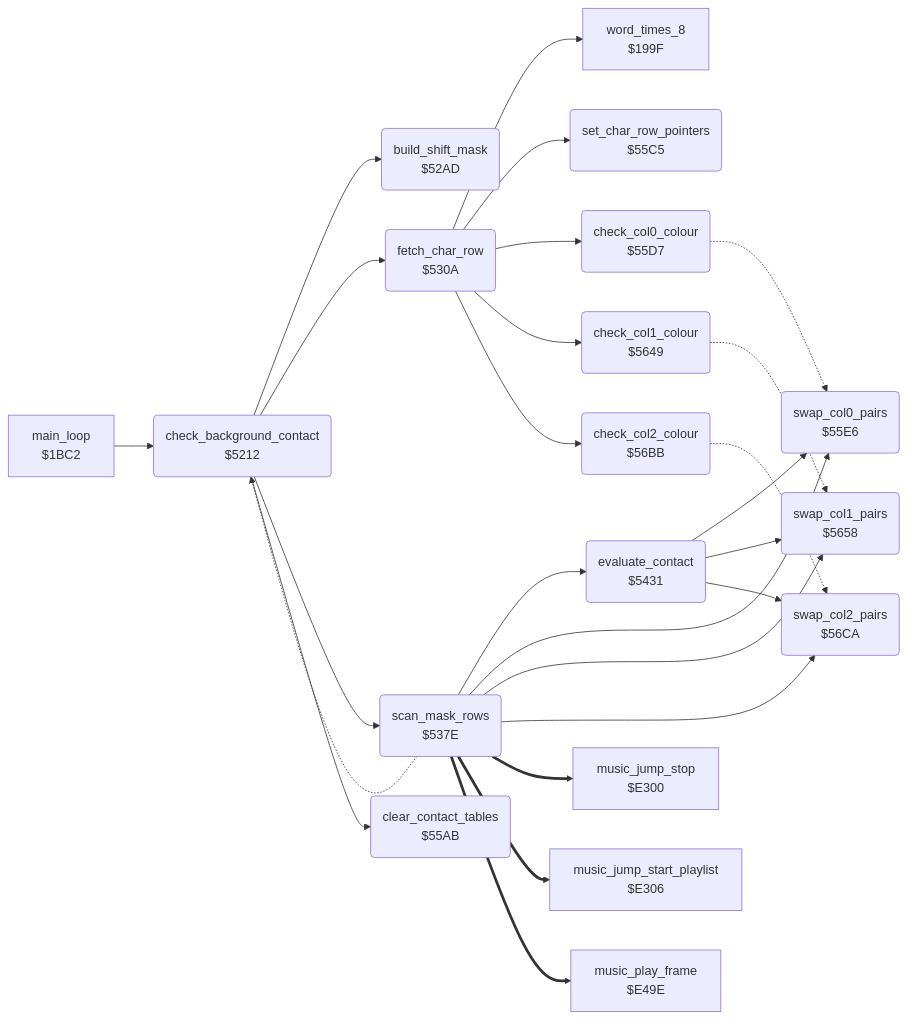
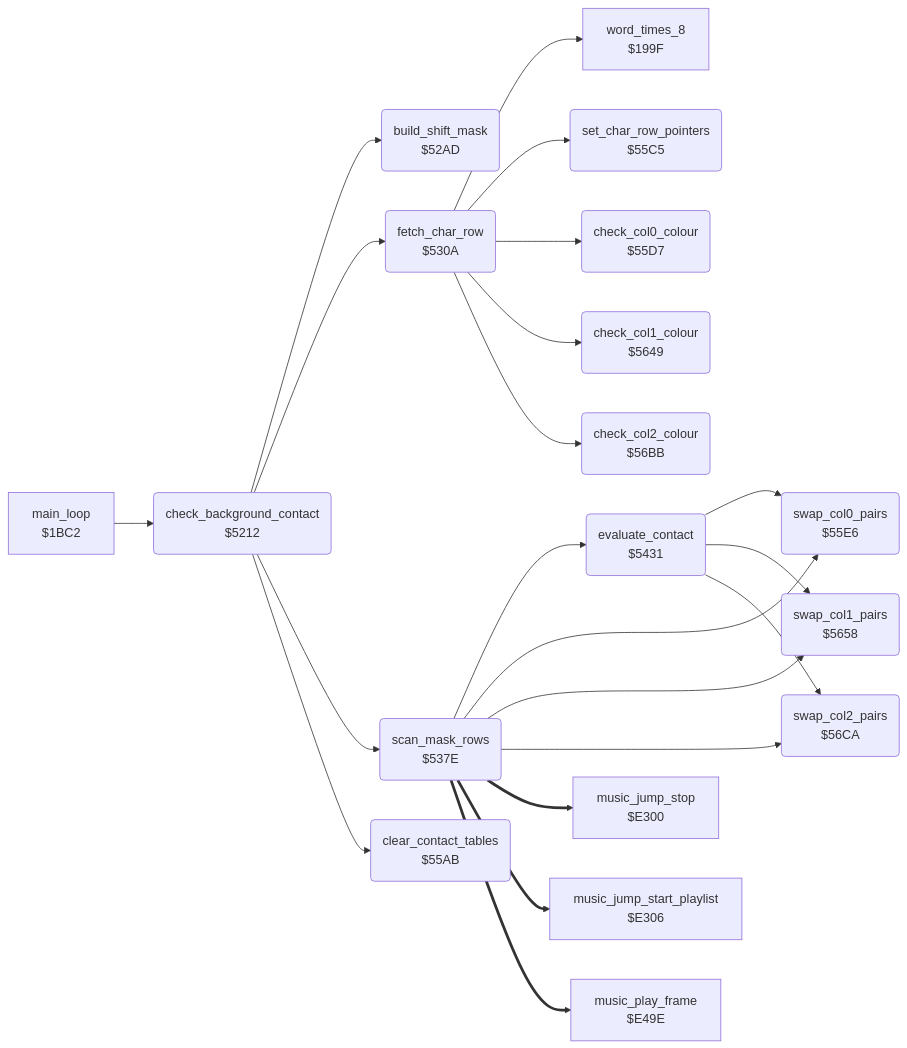
One commit to henols/c64_games changed the diagram in bruce_lee/docs/reference/modules/actor/background_contact.md. Above: the diagram before and after it, drawn with Mermaid. The commit also changed other lines of this file and 236 other files, not shown here.

````diff
--- a/bruce_lee/docs/reference/modules/actor/background_contact.md
+++ b/bruce_lee/docs/reference/modules/actor/background_contact.md
@@ -10,45 +36,41 @@
 ```mermaid
 flowchart LR
   n199f["word_times_8<br/>$199F"]
   n1bc2["main_loop<br/>$1BC2"]
   n5212("check_background_contact<br/>$5212")
   n52ad("build_shift_mask<br/>$52AD")
   n530a("fetch_char_row<br/>$530A")
   n537e("scan_mask_rows<br/>$537E")
   n5431("evaluate_contact<br/>$5431")
   n55ab("clear_contact_tables<br/>$55AB")
   n55c5("set_char_row_pointers<br/>$55C5")
   n55d7("check_col0_colour<br/>$55D7")
   n55e6("swap_col0_pairs<br/>$55E6")
   n5649("check_col1_colour<br/>$5649")
   n5658("swap_col1_pairs<br/>$5658")
   n56bb("check_col2_colour<br/>$56BB")
   n56ca("swap_col2_pairs<br/>$56CA")
   ne300["music_jump_stop<br/>$E300"]
   ne306["music_jump_start_playlist<br/>$E306"]
   ne49e["music_play_frame<br/>$E49E"]
   n1bc2 --> n5212
   n5212 --> n52ad
   n5212 --> n530a
   n5212 --> n537e
   n5212 --> n55ab
   n530a --> n199f
   n530a --> n55c5
   n530a --> n55d7
   n530a --> n5649
   n530a --> n56bb
-  n537e -.-> n5212
   n537e --> n5431
   n537e --> n55e6
   n537e --> n5658
   n537e --> n56ca
   n537e ==> ne300
   n537e ==> ne306
   n537e ==> ne49e
   n5431 --> n55e6
   n5431 --> n5658
   n5431 --> n56ca
-  n55d7 -.-> n55e6
-  n5649 -.-> n5658
-  n56bb -.-> n56ca
 ```
````
